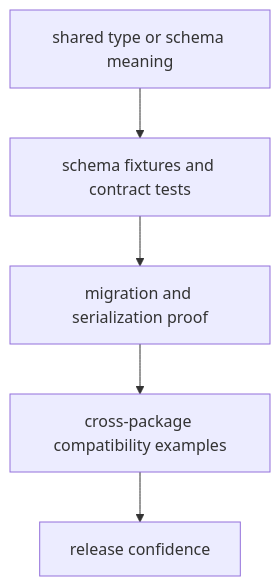
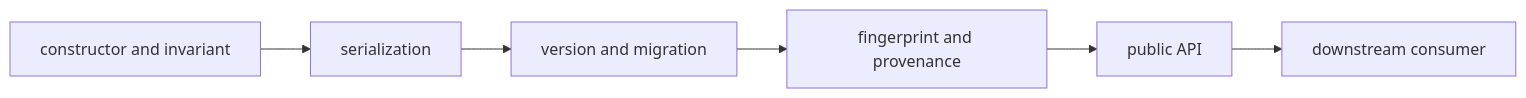
Before and after one commit to bijux/bijux-proteomics: the diagram in docs/03-bijux-proteomics-foundation/quality/test-strategy.md, drawn with Mermaid. The commit also changed other lines of this file and 2 other files, not shown here.

Commit message:
docs(foundation): trace shared contract validation

````diff
--- a/docs/03-bijux-proteomics-foundation/quality/test-strategy.md
+++ b/docs/03-bijux-proteomics-foundation/quality/test-strategy.md
@@ -18,13 +31,8 @@
 ```mermaid
-flowchart TB
-    meaning["shared type or schema meaning"]
-    schema["schema fixtures and contract tests"]
-    migration["migration and serialization proof"]
-    downstream["cross-package compatibility examples"]
-    release["release confidence"]
-
-    meaning --> schema
-    schema --> migration
-    migration --> downstream
-    downstream --> release
+flowchart LR
+    C["constructor and invariant"] --> S["serialization"]
+    S --> M["version and migration"]
+    M --> H["fingerprint and provenance"]
+    H --> A["public API"]
+    A --> D["downstream consumer"]
 ```
````
